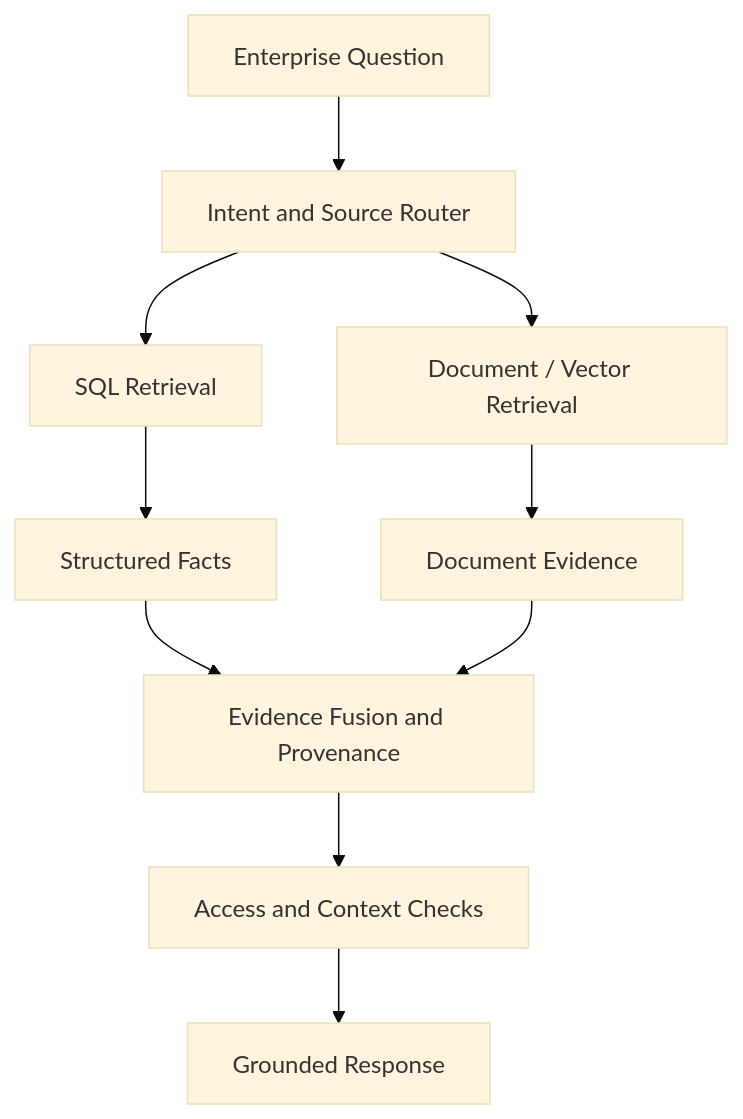
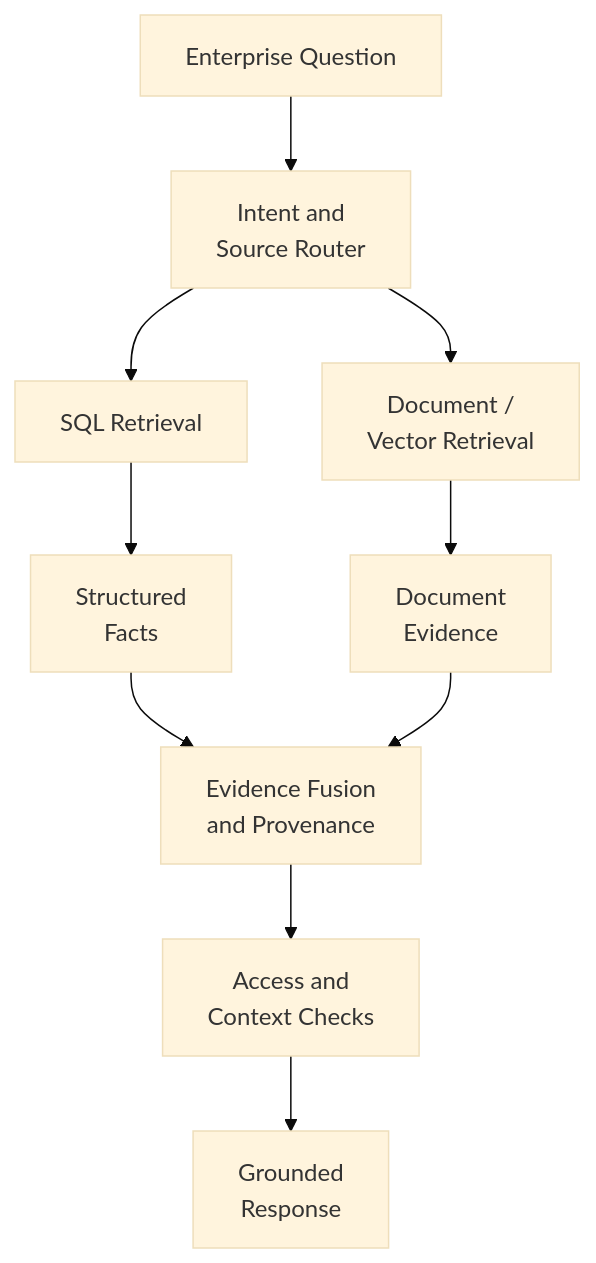
One commit to MihirKJha/enterprise-ai-blog changed the fourth of 4 diagrams in docs/architecture-insights/genai-and-rag/4.2_architecting_sql_rag_structured_enterprise_knowledge.md. Above: the diagram before and after it, drawn with Mermaid (base theme). The commit also changed other lines of this file and 2 other files, not shown here.

````diff
--- a/docs/architecture-insights/genai-and-rag/4.2_architecting_sql_rag_structured_enterprise_knowledge.md
+++ b/docs/architecture-insights/genai-and-rag/4.2_architecting_sql_rag_structured_enterprise_knowledge.md
@@ -282,12 +282,12 @@
 ```mermaid
 flowchart TD
-    A[Enterprise Question] --> B[Intent and Source Router]
+    A[Enterprise Question] --> B[Intent and <br/>Source Router]
     B --> C[SQL Retrieval]
-    B --> D[Document / Vector Retrieval]
-    C --> E[Structured Facts]
-    D --> F[Document Evidence]
-    E --> G[Evidence Fusion and Provenance]
+    B --> D[Document /<br/> Vector Retrieval]
+    C --> E[Structured <br/>Facts]
+    D --> F[Document<br/> Evidence]
+    E --> G[Evidence Fusion <br/>and Provenance]
     F --> G
-    G --> H[Access and Context Checks]
-    H --> I[Grounded Response]
+    G --> H[Access and<br/> Context Checks]
+    H --> I[Grounded<br/> Response]
 ```
````
